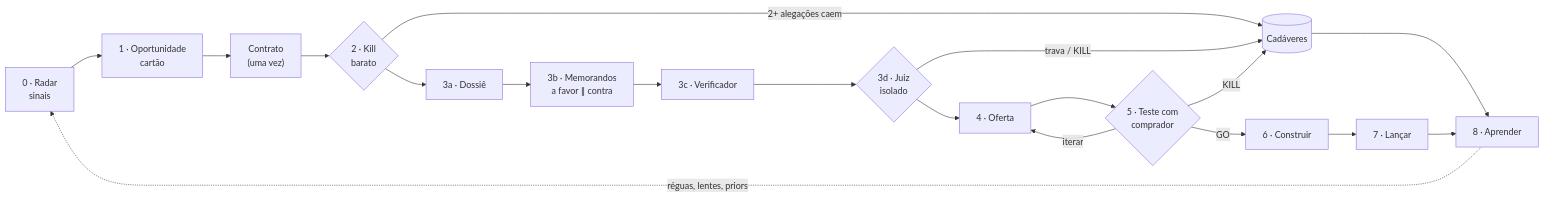
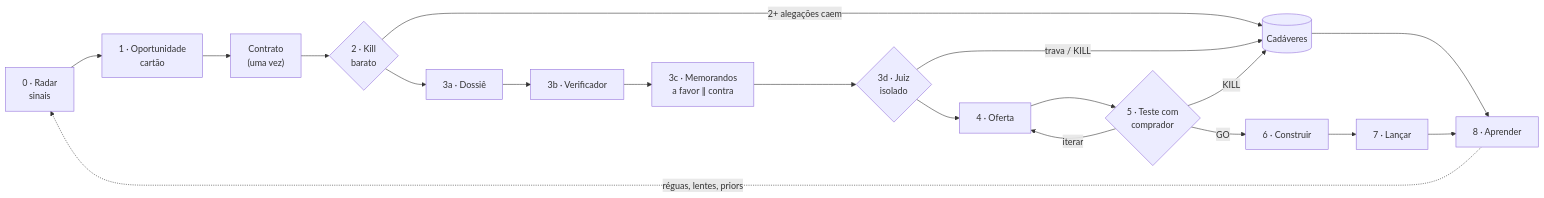
The diagram in docs/01-arquitetura.md (lorenzo265/Product-research), drawn with Mermaid before and after one commit. The commit also changed other lines of this file and 17 other files, not shown here.

First line of the commit message:
fix: verificador antes dos memorandos; kill barato le as paginas; validacao completa da OP-0001

````diff
--- a/docs/01-arquitetura.md
+++ b/docs/01-arquitetura.md
@@ -90,21 +90,21 @@
 ```mermaid
 flowchart LR
   R["0 · Radar<br/>sinais"] --> O["1 · Oportunidade<br/>cartão"]
   O --> C["Contrato<br/>(uma vez)"]
   C --> K{"2 · Kill<br/>barato"}
   K -- "2+ alegações caem" --> X[("Cadáveres")]
   K --> D["3a · Dossiê"]
-  D --> M["3b · Memorandos<br/>a favor ∥ contra"]
-  M --> V["3c · Verificador"]
-  V --> J{"3d · Juiz<br/>isolado"}
+  D --> V["3b · Verificador"]
+  V --> M["3c · Memorandos<br/>a favor ∥ contra"]
+  M --> J{"3d · Juiz<br/>isolado"}
   J -- "trava / KILL" --> X
   J --> OF["4 · Oferta"]
   OF --> T{"5 · Teste com<br/>comprador"}
   T -- "KILL" --> X
   T -- "iterar" --> OF
   T -- "GO" --> B["6 · Construir"]
   B --> L["7 · Lançar"]
   L --> A["8 · Aprender"]
   X --> A
   A -. "réguas, lentes, priors" .-> R
 ```
````
